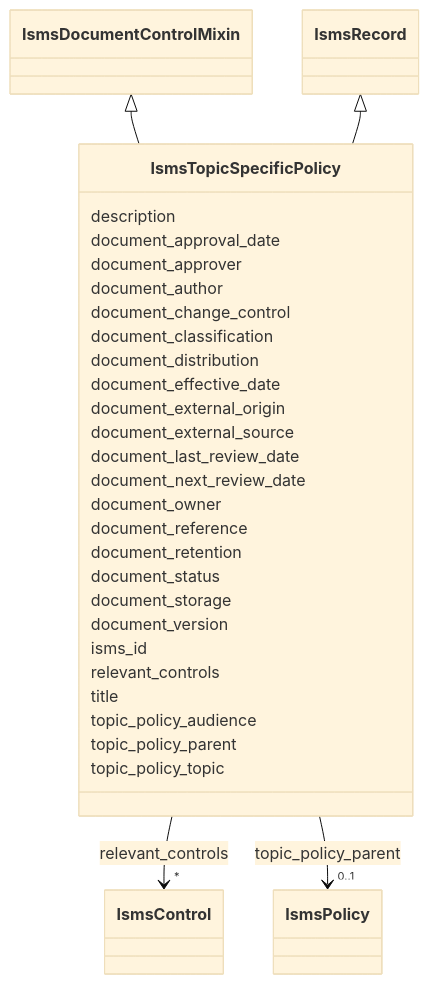
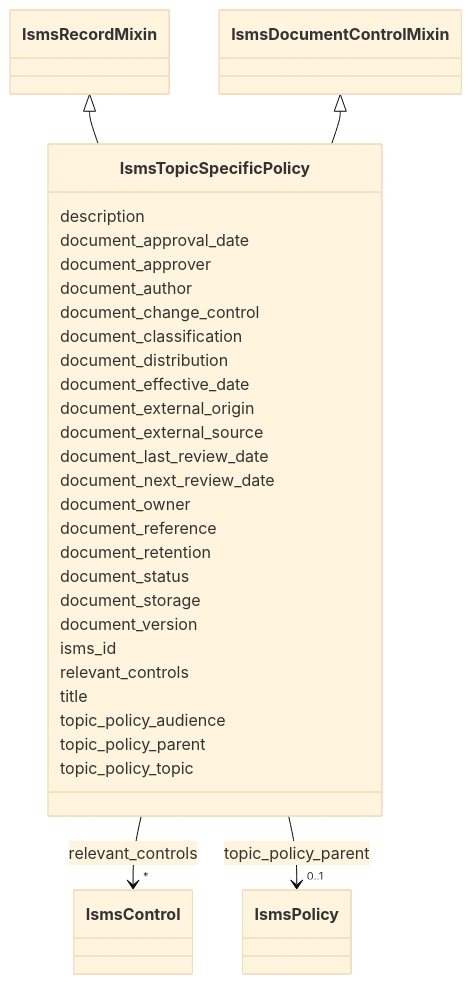
The diagram in project/mermaid/IsmsTopicSpecificPolicy.md (lmodel/iso27001), drawn with Mermaid (base theme) before and after one commit. The commit also changed 171 other files, not shown here.

Commit message:
refactor(schema): make the record base a mixin so adapt can root records

````diff
--- a/project/mermaid/IsmsTopicSpecificPolicy.md
+++ b/project/mermaid/IsmsTopicSpecificPolicy.md
@@ -4,77 +4,77 @@
 ```mermaid
  classDiagram
     class IsmsTopicSpecificPolicy
     click IsmsTopicSpecificPolicy href "../IsmsTopicSpecificPolicy"
+      IsmsRecordMixin <|-- IsmsTopicSpecificPolicy
+        click IsmsRecordMixin href "../IsmsRecordMixin"
       IsmsDocumentControlMixin <|-- IsmsTopicSpecificPolicy
         click IsmsDocumentControlMixin href "../IsmsDocumentControlMixin"
-      IsmsRecord <|-- IsmsTopicSpecificPolicy
-        click IsmsRecord href "../IsmsRecord"
       
       IsmsTopicSpecificPolicy : description
         
       IsmsTopicSpecificPolicy : document_approval_date
         
       IsmsTopicSpecificPolicy : document_approver
         
       IsmsTopicSpecificPolicy : document_author
         
       IsmsTopicSpecificPolicy : document_change_control
         
       IsmsTopicSpecificPolicy : document_classification
         
       IsmsTopicSpecificPolicy : document_distribution
         
       IsmsTopicSpecificPolicy : document_effective_date
         
       IsmsTopicSpecificPolicy : document_external_origin
         
       IsmsTopicSpecificPolicy : document_external_source
         
       IsmsTopicSpecificPolicy : document_last_review_date
         
       IsmsTopicSpecificPolicy : document_next_review_date
         
       IsmsTopicSpecificPolicy : document_owner
         
       IsmsTopicSpecificPolicy : document_reference
         
       IsmsTopicSpecificPolicy : document_retention
         
       IsmsTopicSpecificPolicy : document_status
         
       IsmsTopicSpecificPolicy : document_storage
         
       IsmsTopicSpecificPolicy : document_version
         
       IsmsTopicSpecificPolicy : isms_id
         
       IsmsTopicSpecificPolicy : relevant_controls
         
           
     
         
         
         IsmsTopicSpecificPolicy --> "*" IsmsControl : relevant_controls
         click IsmsControl href "../IsmsControl"
     
 
         
       IsmsTopicSpecificPolicy : title
         
       IsmsTopicSpecificPolicy : topic_policy_audience
         
       IsmsTopicSpecificPolicy : topic_policy_parent
         
           
     
         
         
         IsmsTopicSpecificPolicy --> "0..1" IsmsPolicy : topic_policy_parent
         click IsmsPolicy href "../IsmsPolicy"
     
 
         
       IsmsTopicSpecificPolicy : topic_policy_topic
         
       
 ```
````
